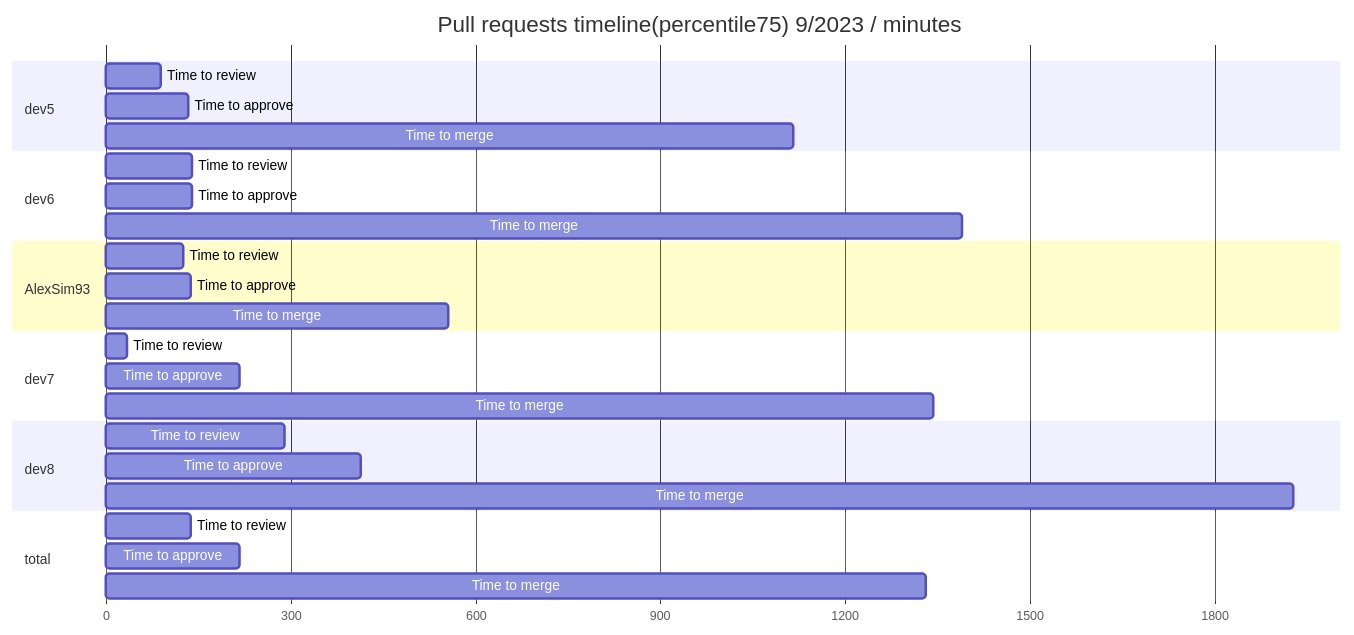
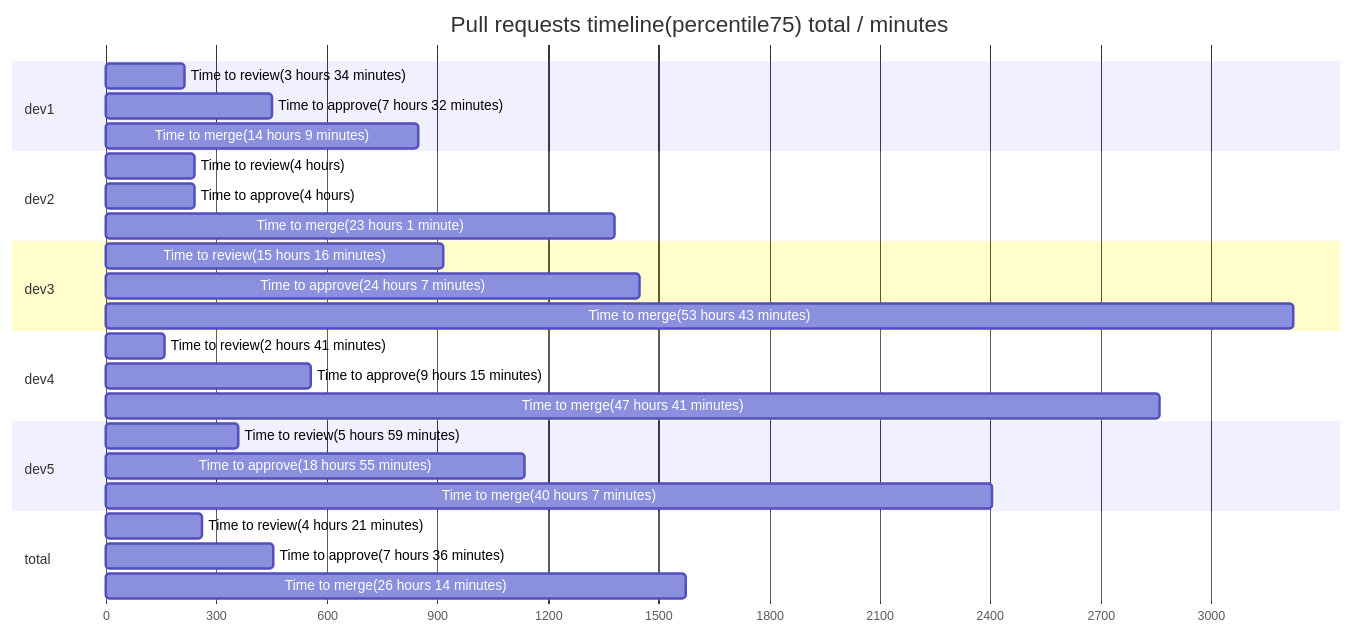
Before and after one commit to AlexSim93/pull-request-analytics-action: the second of 2 diagrams in examples/periodReport.md, drawn with Mermaid. The commit also changed other lines of this file and 1 other file, not shown here.

````diff
--- a/examples/periodReport.md
+++ b/examples/periodReport.md
@@ -315,36 +155,36 @@
 ```mermaid
 gantt
-title Pull requests timeline(percentile75) 9/2023 / minutes
+title Pull requests timeline(percentile75) total / minutes
 dateFormat X
 axisFormat %s
+section dev1
+                Time to review(3 hours 34 minutes) :  0, 214
+Time to approve(7 hours 32 minutes) :  0, 452
+Time to merge(14 hours 9 minutes) :  0, 849
+
+section dev2
+                Time to review(4 hours) :  0, 240
+Time to approve(4 hours) :  0, 240
+Time to merge(23 hours 1 minute) :  0, 1381
+
+section dev3
+                Time to review(15 hours 16 minutes) :  0, 916
+Time to approve(24 hours 7 minutes) :  0, 1447
+Time to merge(53 hours 43 minutes) :  0, 3223
+
+section dev4
+                Time to review(2 hours 41 minutes) :  0, 161
+Time to approve(9 hours 15 minutes) :  0, 555
+Time to merge(47 hours 41 minutes) :  0, 2861
+
 section dev5
-                Time to review :  0, 90
-Time to approve :  0, 133
-Time to merge :  0, 1117
-
-section dev6
-                Time to review :  0, 140
-Time to approve :  0, 140
-Time to merge :  0, 1390
-
-section AlexSim93
-                Time to review :  0, 125
-Time to approve :  0, 138
-Time to merge :  0, 557
-
-section dev7
-                Time to review :  0, 35
-Time to approve :  0, 218
-Time to merge :  0, 1344
-
-section dev8
-                Time to review :  0, 291
-Time to approve :  0, 413
-Time to merge :  0, 1928
+                Time to review(5 hours 59 minutes) :  0, 359
+Time to approve(18 hours 55 minutes) :  0, 1135
+Time to merge(40 hours 7 minutes) :  0, 2407
 
 section total
-                Time to review :  0, 138
-Time to approve :  0, 218
-Time to merge :  0, 1331
+                Time to review(4 hours 21 minutes) :  0, 261
+Time to approve(7 hours 36 minutes) :  0, 456
+Time to merge(26 hours 14 minutes) :  0, 1574
 
 ```
````
